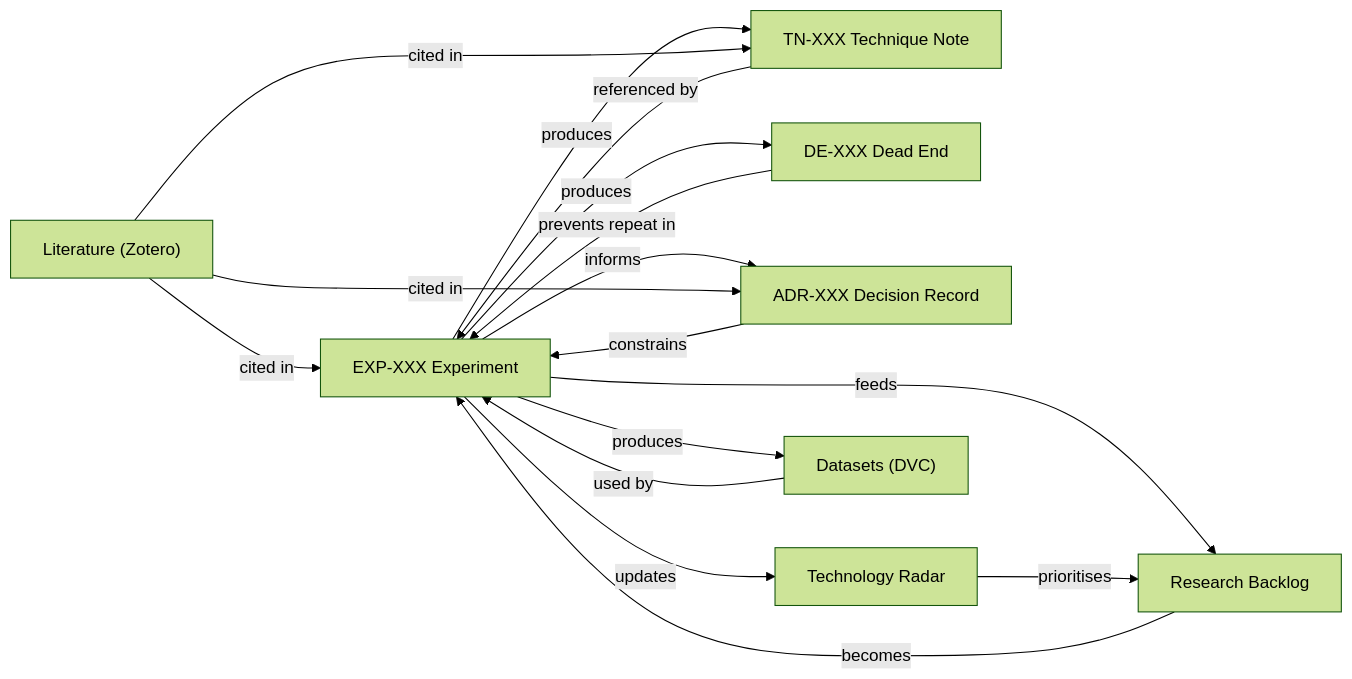
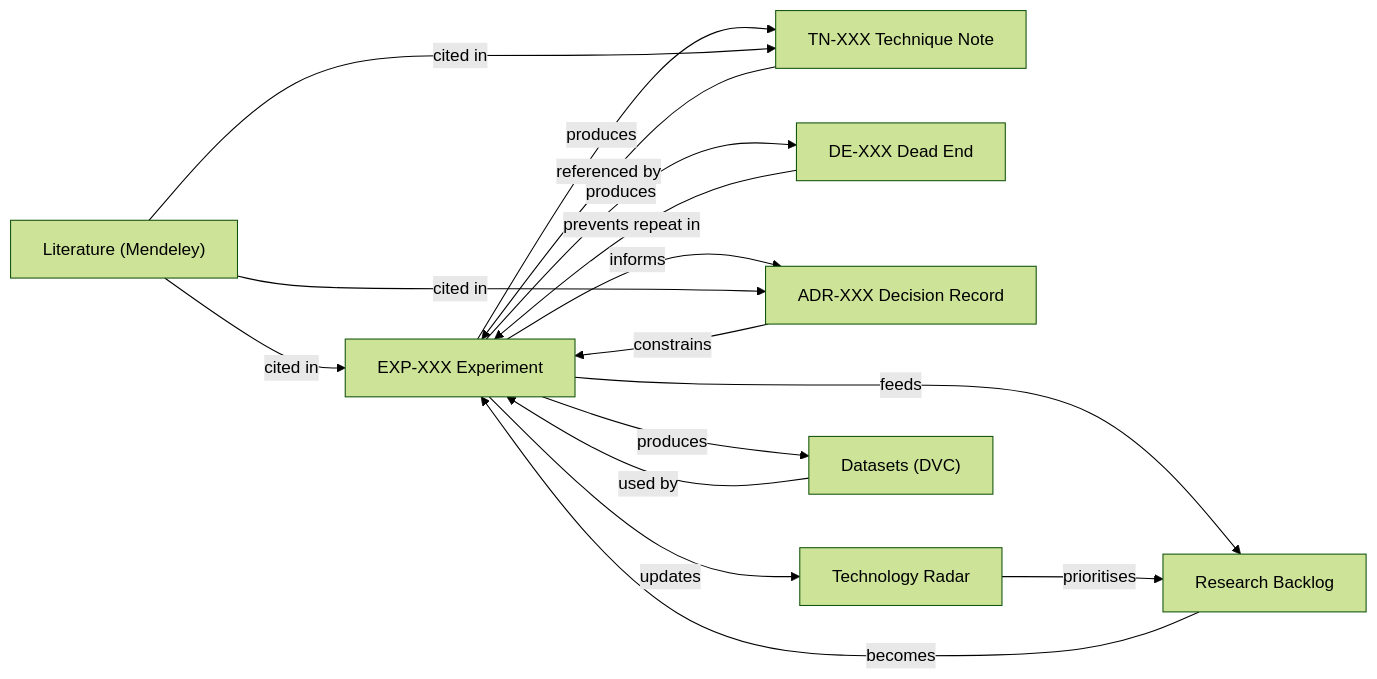
One commit to malithjkd/FORGE changed the diagram in sops/SOP-006-knowledge-retrieval.md. Above: the diagram before and after it, drawn with Mermaid (forest theme). The commit also changed other lines of this file and 22 other files, not shown here.

````diff
--- a/sops/SOP-006-knowledge-retrieval.md
+++ b/sops/SOP-006-knowledge-retrieval.md
@@ -13,21 +13,21 @@
 ```mermaid
 graph LR
     EXP["EXP-XXX Experiment"] -->|"produces"| TN["TN-XXX Technique Note"]
     EXP -->|"produces"| DE["DE-XXX Dead End"]
     EXP -->|"informs"| ADR["ADR-XXX Decision Record"]
     EXP -->|"updates"| RADAR["Technology Radar"]
     EXP -->|"feeds"| BACKLOG["Research Backlog"]
 
     TN -->|"referenced by"| EXP
     DE -->|"prevents repeat in"| EXP
     ADR -->|"constrains"| EXP
     RADAR -->|"prioritises"| BACKLOG
     BACKLOG -->|"becomes"| EXP
 
-    LIT["Literature (Zotero)"] -->|"cited in"| TN
+    LIT["Literature (Mendeley)"] -->|"cited in"| TN
     LIT -->|"cited in"| EXP
     LIT -->|"cited in"| ADR
 
     DATA["Datasets (DVC)"] -->|"used by"| EXP
     EXP -->|"produces"| DATA
 ```
````
